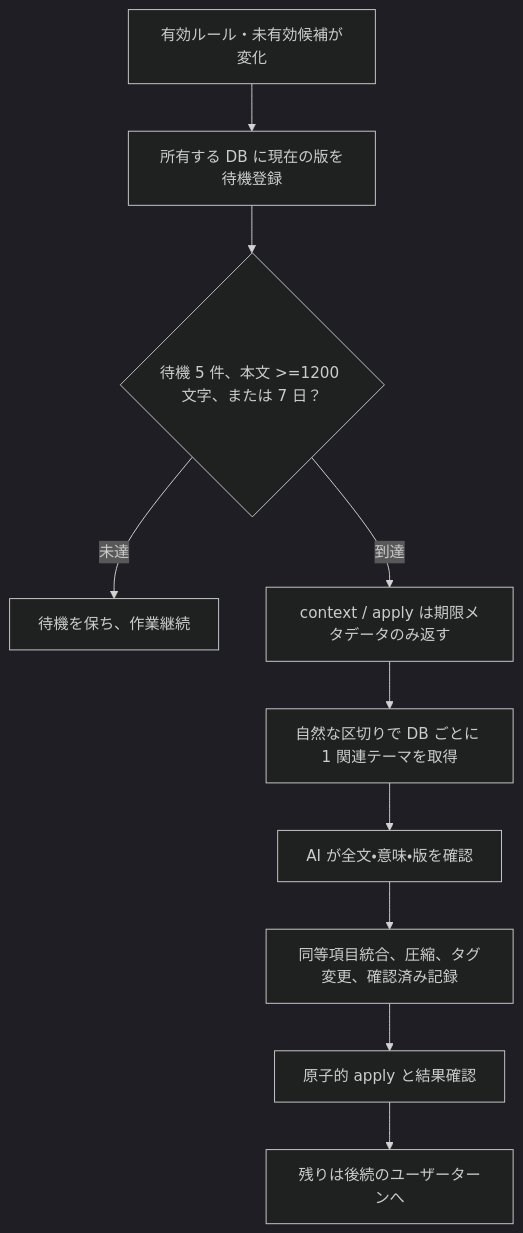
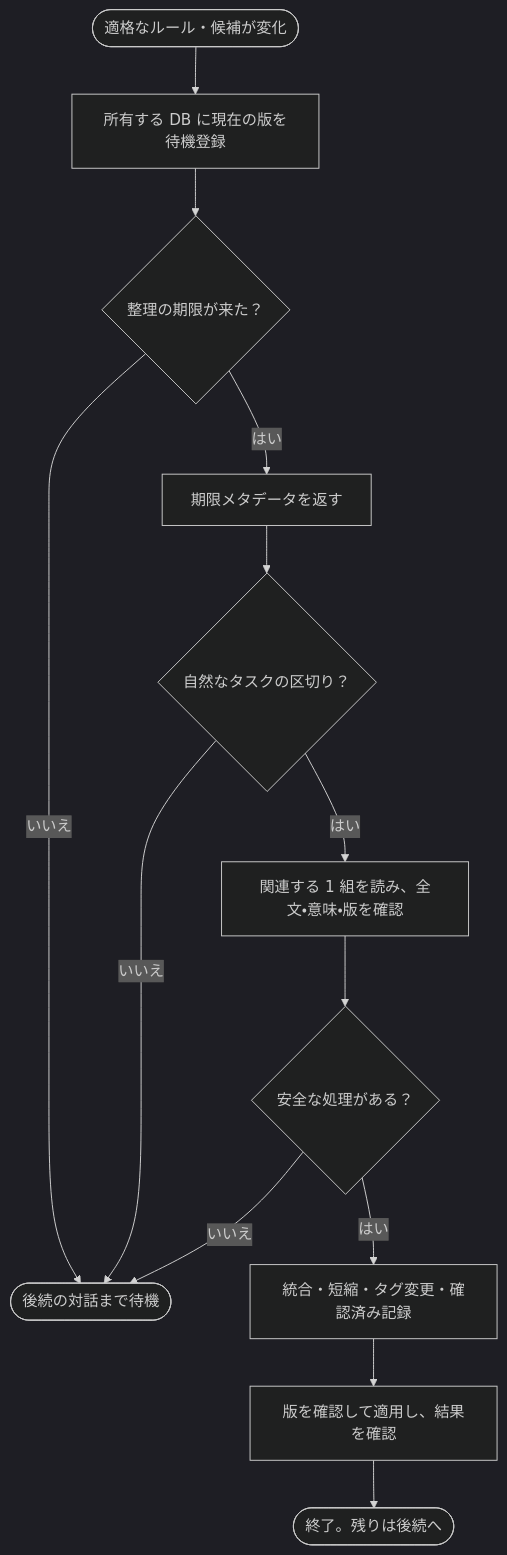
One commit to chrisstarr7/dev-memory changed the third of 3 diagrams in docs/readme/README.ja.md. Above: the diagram before and after it, drawn with Mermaid (dark theme). The commit also changed other lines of this file and 6 other files, not shown here.

````diff
--- a/docs/readme/README.ja.md
+++ b/docs/readme/README.ja.md
@@ -118,12 +120,15 @@
 ```mermaid
 flowchart TD
-    C["有効ルール・未有効候補が変化"] --> Q["所有する DB に現在の版を待機登録"]
-    Q --> D{"待機 5 件、本文 >=1200 文字、または 7 日？"}
-    D -- "未達" --> N["待機を保ち、作業継続"]
-    D -- "到達" --> M["context / apply は期限メタデータのみ返す"]
-    M --> B["自然な区切りで DB ごとに 1 関連テーマを取得"]
-    B --> R["AI が全文・意味・版を確認"]
-    R --> A["同等項目統合、圧縮、タグ変更、確認済み記録"]
-    A --> K["原子的 apply と結果確認"]
-    K --> T["残りは後続のユーザーターンへ"]
+    C(["適格なルール・候補が変化"]) --> Q["所有する DB に現在の版を待機登録"]
+    Q --> D{"整理の期限が来た？"}
+    D -- "いいえ" --> N(["後続の対話まで待機"])
+    D -- "はい" --> M["期限メタデータを返す"]
+    M --> B{"自然なタスクの区切り？"}
+    B -- "いいえ" --> N
+    B -- "はい" --> R["関連する 1 組を読み、全文・意味・版を確認"]
+    R --> G{"安全な処理がある？"}
+    G -- "いいえ" --> N
+    G -- "はい" --> A["統合・短縮・タグ変更・確認済み記録"]
+    A --> K["版を確認して適用し、結果を確認"]
+    K --> T(["終了。残りは後続へ"])
 ```
````
